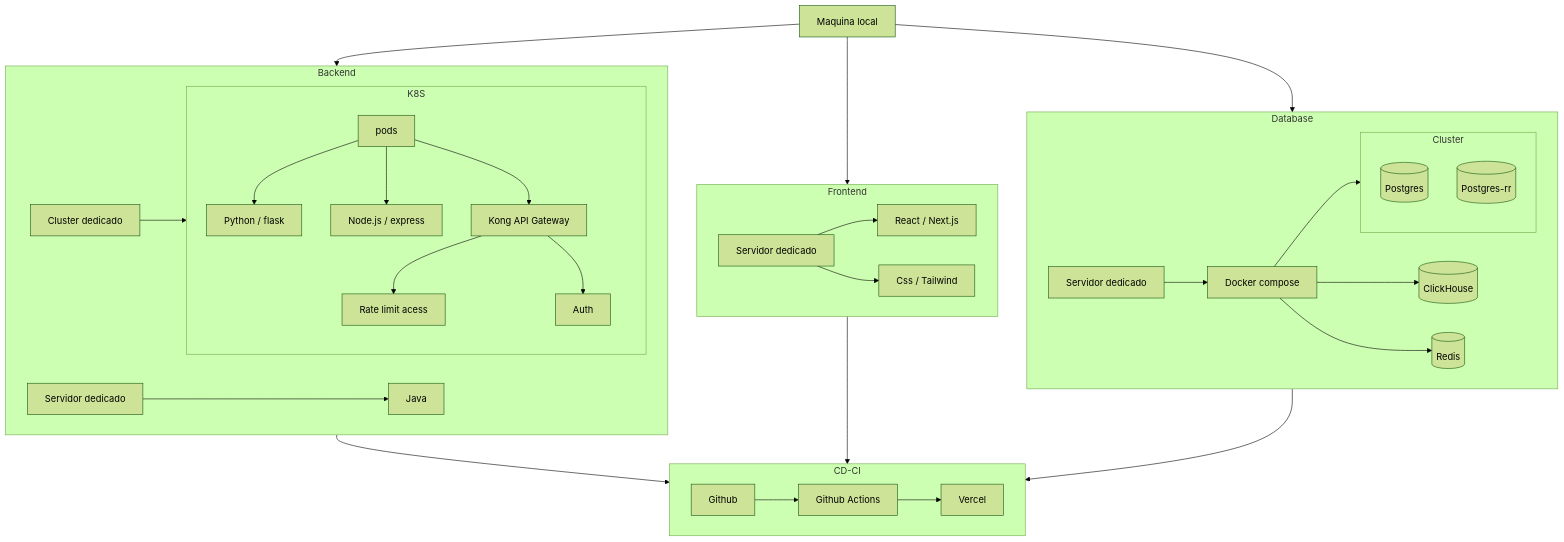
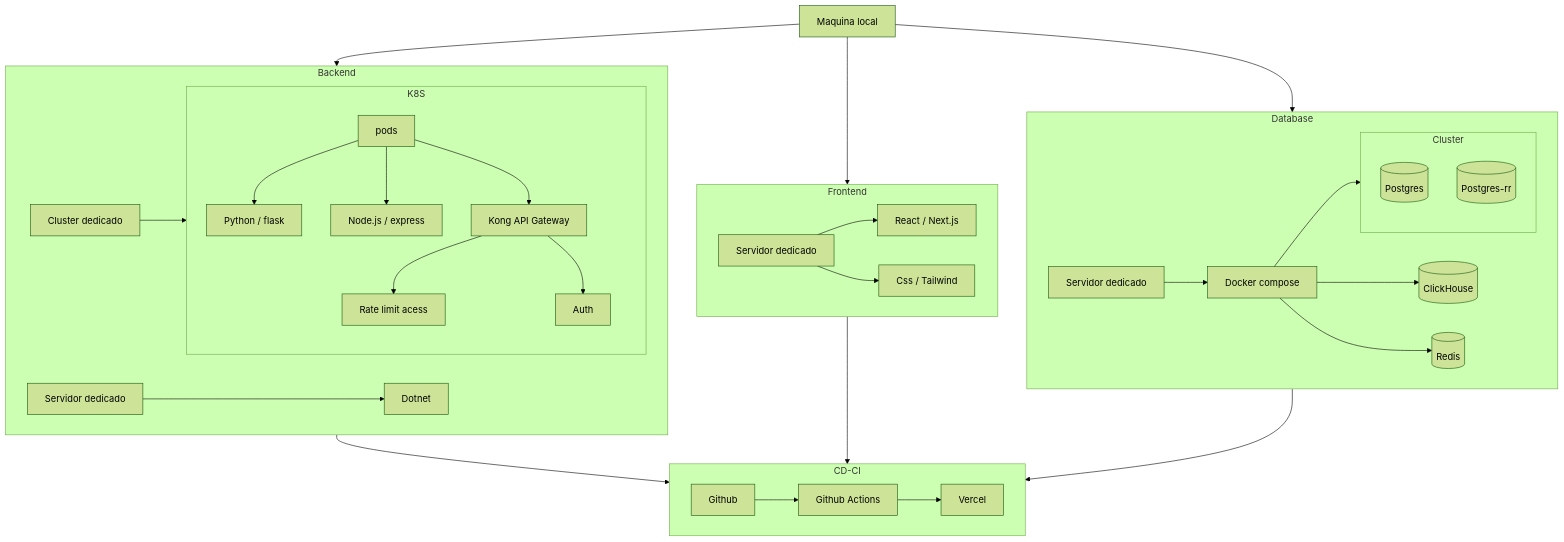
Before and after one commit to pedrovtof/Nievo-easy-fin: the fifth of 5 diagrams in docs/About/intro.md, drawn with Mermaid (forest theme). The commit also changed other lines of this file and 1 other file, not shown here.

````diff
--- a/docs/About/intro.md
+++ b/docs/About/intro.md
@@ -187,56 +183,56 @@
 ```mermaid
 flowchart TD
 
  local["Maquina local"]
 
  subgraph Frontend["Frontend"]
         next["React / Next.js"]
         tailWind["Css / Tailwind"]
         vmF["Servidor dedicado"] --> next
         vmF --> tailWind
   end
  subgraph Cicd["CD-CI"]
         git["Github"]
         gitA["Github Actions"]
         vercel["Vercel"]
         git --> gitA
         gitA --> vercel
   end
  subgraph K8S["K8S"]
         pods
         pods --> py["Python / flask"]
         pods --> node["Node.js / express"]
         pods --> kong["Kong API Gateway"]
         kong --> rateLimit["Rate limit acess"]
         kong --> auth["Auth"]
   end
  subgraph Backend["Backend"]
-        vmB["Servidor dedicado"] --> java["Java"]
+        vmB["Servidor dedicado"] --> dotnet["Dotnet"]
         cluster["Cluster dedicado"] --> K8S
   end
 
  subgraph Database["Database"]
     subgraph Cluster["Cluster"]
         dbCore[("Postgres")]
         dbCoreRR[("Postgres-rr")]
     end
 
   dbData[(ClickHouse)]
   dbMemory[(Redis)]
 
   docker["Docker compose"] --> Cluster
   docker --> dbData
   docker --> dbMemory
 
   vmC["Servidor dedicado"] --> docker
   
  end
 
 local --> Backend
 local --> Frontend
 local --> Database
 
 Backend --> Cicd
 Frontend --> Cicd
 Database --> Cicd
 ```
````
